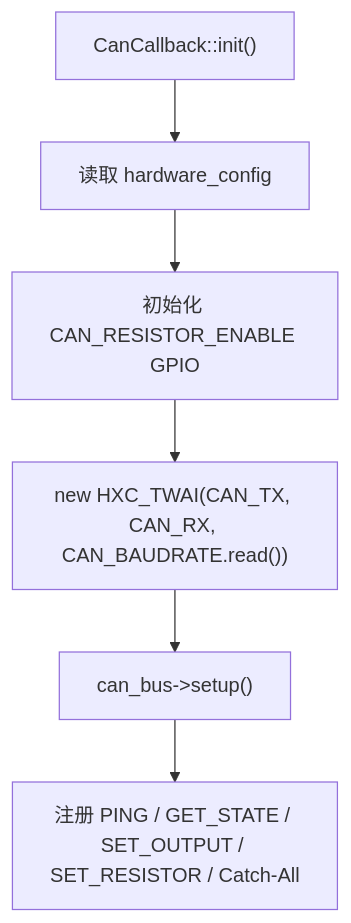
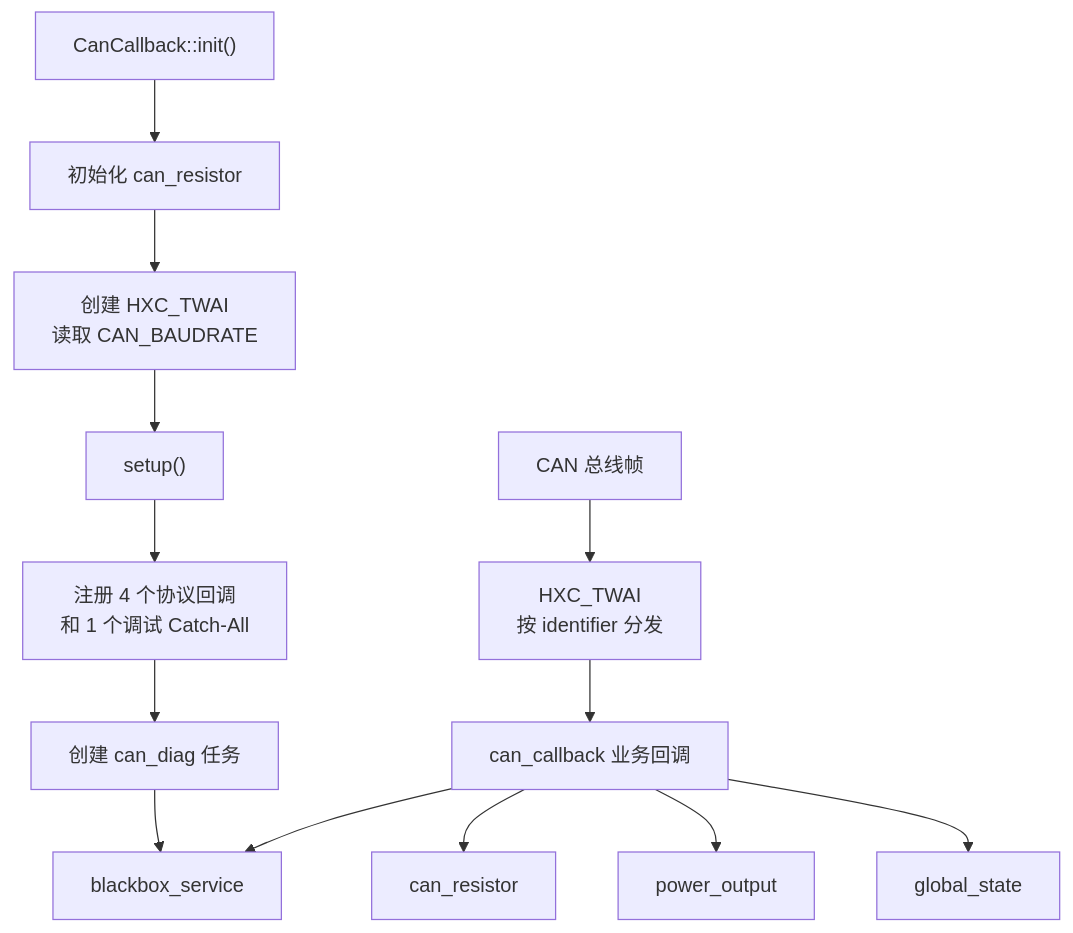
The diagram in components/app/can_callback/README.md (qingmeijiupiao/Wireless_power_meter_lite), drawn with Mermaid before and after one commit. The commit also changed other lines of this file and 7 other files, not shown here.

````diff
--- a/components/app/can_callback/README.md
+++ b/components/app/can_callback/README.md
@@ -40,8 +16,16 @@
 ```mermaid
 flowchart TD
-    Init["CanCallback::init()"] --> HW["读取 hardware_config"]
-    HW --> Resistor["初始化 CAN_RESISTOR_ENABLE GPIO"]
-    Resistor --> Bus["new HXC_TWAI(CAN_TX, CAN_RX, CAN_BAUDRATE.read())"]
-    Bus --> Setup["can_bus->setup()"]
-    Setup --> Register["注册 PING / GET_STATE / SET_OUTPUT / SET_RESISTOR / Catch-All"]
+    Init["CanCallback::init()"] --> Resistor["初始化 can_resistor"]
+    Resistor --> Driver["创建 HXC_TWAI<br/>读取 CAN_BAUDRATE"]
+    Driver --> Setup["setup()"]
+    Setup --> Register["注册 4 个协议回调<br/>和 1 个调试 Catch-All"]
+    Register --> Diag["创建 can_diag 任务"]
+
+    Bus["CAN 总线帧"] --> HXC["HXC_TWAI<br/>按 identifier 分发"]
+    HXC --> Callbacks["can_callback 业务回调"]
+    Callbacks --> GS["global_state"]
+    Callbacks --> Output["power_output"]
+    Callbacks --> CR["can_resistor"]
+    Callbacks --> BB["blackbox_service"]
+    Diag --> BB
 ```
````
